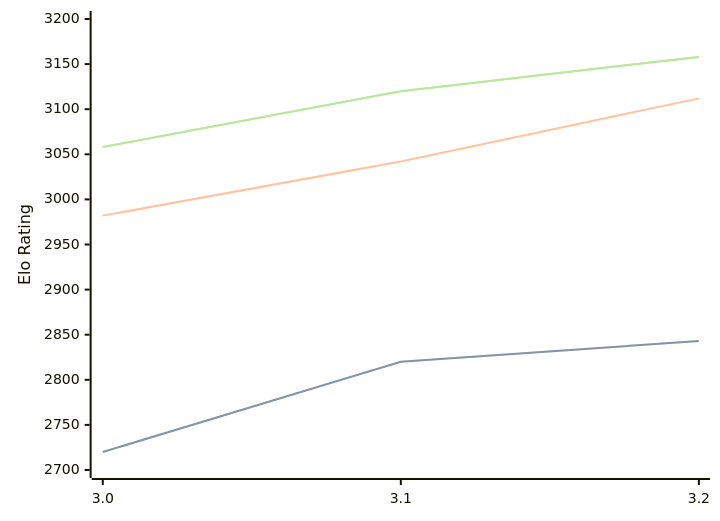
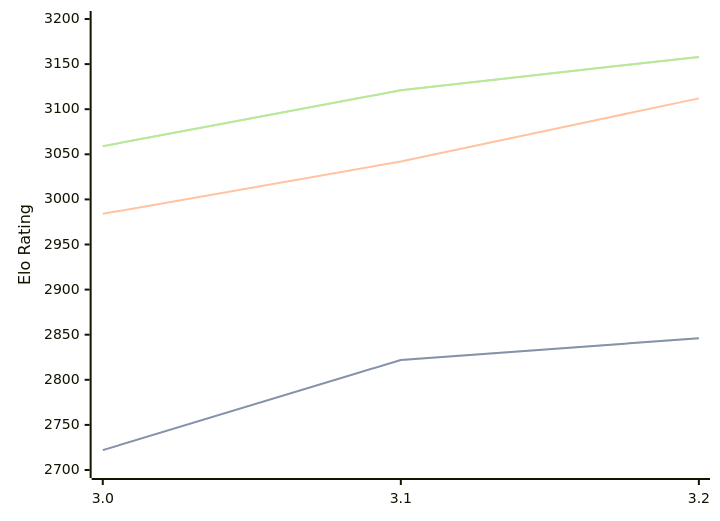
One commit to computer-chess-index/cci changed the third of 3 diagrams in engines/Vajolet2.md. Above: the diagram before and after it, drawn with Mermaid. The commit also changed other lines of this file, not shown here.

Commit message:
Update CCI Ratings (ELO VLTC) - 2026-07-13

````diff
--- a/engines/Vajolet2.md
+++ b/engines/Vajolet2.md
@@ -74,11 +74,11 @@
 ```mermaid
 %%{init: {"theme":"base","themeVariables":{"seriesColors:['#a3a3a3','#222221','#faa371']}}}%%
 xychart-beta
   x-axis ["3.0", "3.1", "3.2"]
   y-axis "Elo Rating" 2700 --> 3200
-  line "STC (8.0+0.08s)" [2720, 2820, 2843]
-  line "STC (8.0+0.08s)" [2720, 2820, 2843]
-  line "LTC (60.0+0.60s)" [2982, 3042, 3112]
-  line "VLTC (2m24s+1.12s)" [3058, 3120, 3158]
-  line "VLTC (2m24s+1.12s)" [3058, 3120, 3158]
+  line "STC (8.0+0.08s)" [2722, 2822, 2846]
+  line "STC (8.0+0.08s)" [2722, 2822, 2846]
+  line "LTC (60.0+0.60s)" [2984, 3042, 3112]
+  line "VLTC (2m24s+1.12s)" [3059, 3121, 3158]
+  line "VLTC (2m24s+1.12s)" [3059, 3121, 3158]
 ```
````
